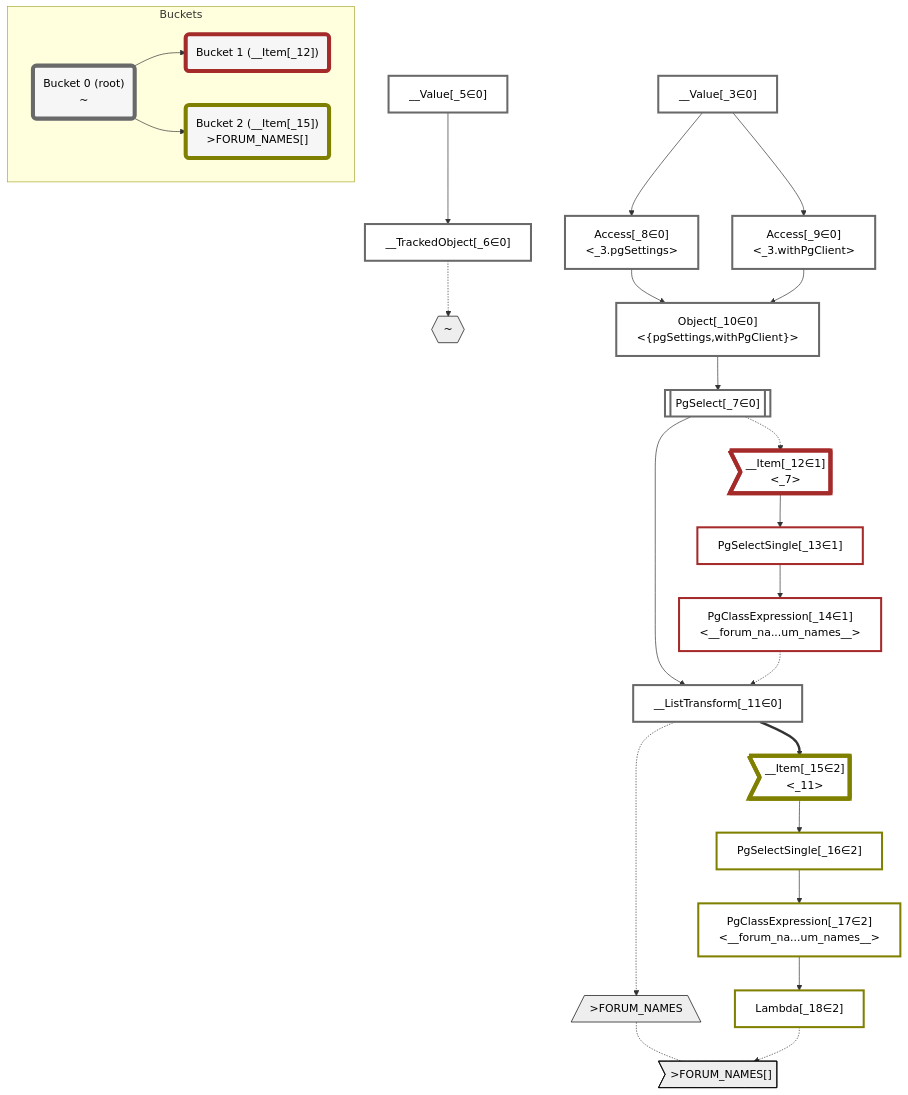
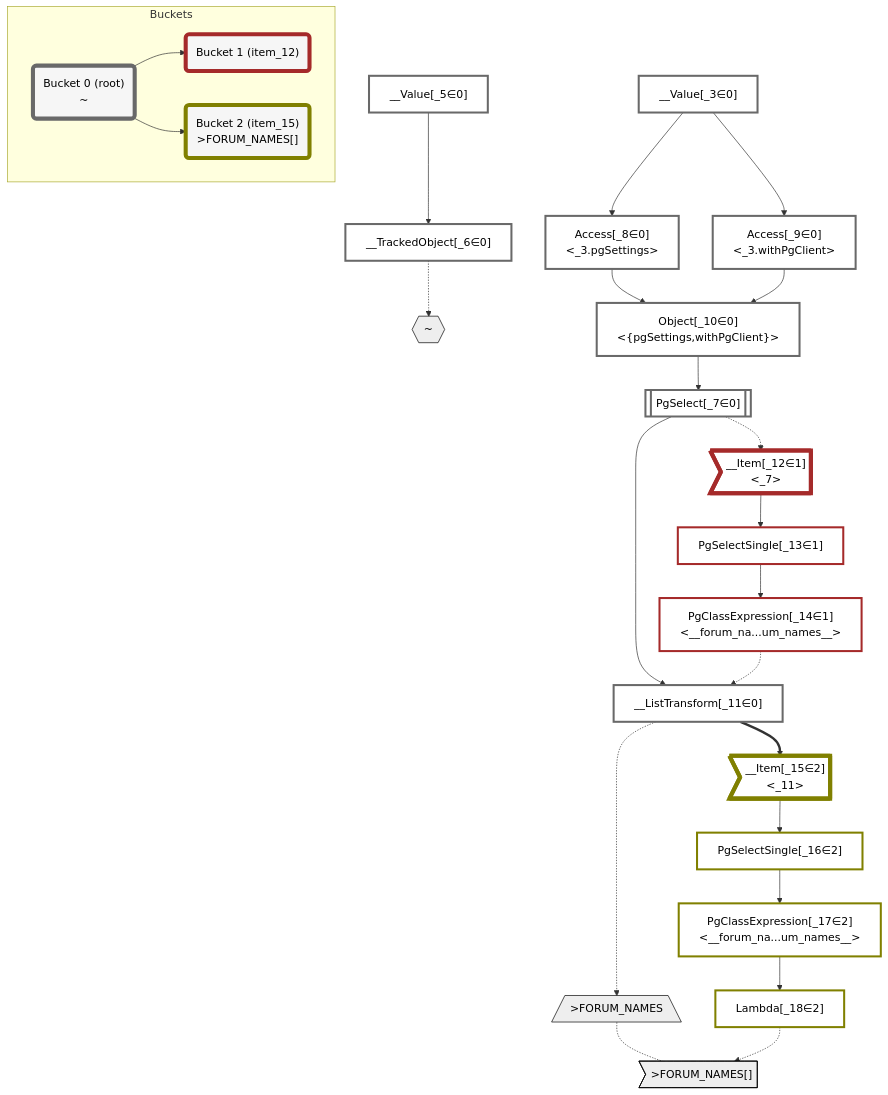
One commit to graphile/crystal changed the diagram in packages/dataplan-pg/__tests__/queries/functions/custom-query-forum-names-upper.deopt.mermaid.md. Above: the diagram before and after it, drawn with Mermaid. The commit also changed 159 other files, not shown here.

````diff
--- a/packages/dataplan-pg/__tests__/queries/functions/custom-query-forum-names-upper.deopt.mermaid.md
+++ b/packages/dataplan-pg/__tests__/queries/functions/custom-query-forum-names-upper.deopt.mermaid.md
@@ -1,74 +1,74 @@
 ```mermaid
 graph TD
     classDef path fill:#eee,stroke:#000,color:#000
     classDef plan fill:#fff,stroke-width:3px,color:#000
     classDef itemplan fill:#fff,stroke-width:6px,color:#000
     classDef sideeffectplan fill:#f00,stroke-width:6px,color:#000
     classDef bucket fill:#f6f6f6,color:#000,stroke-width:6px
 
     %% subgraph fields
     P1{{"~"}}:::path
     P2[/">FORUM_NAMES"\]:::path
     P3>">FORUM_NAMES[]"]:::path
     P2 -.- P3
     %% P1 -.-> P2
     %% end
 
     %% define plans
     __Value_3["__Value[_3∈0]<br /><context>"]:::plan
     __Value_5["__Value[_5∈0]<br /><rootValue>"]:::plan
     __TrackedObject_6["__TrackedObject[_6∈0]"]:::plan
     PgSelect_7[["PgSelect[_7∈0]<br /><forum_names>"]]:::plan
     Access_8["Access[_8∈0]<br /><_3.pgSettings>"]:::plan
     Access_9["Access[_9∈0]<br /><_3.withPgClient>"]:::plan
     Object_10["Object[_10∈0]<br /><{pgSettings,withPgClient}>"]:::plan
     __ListTransform_11["__ListTransform[_11∈0]<br /><each:_7>"]:::plan
     __Item_12>"__Item[_12∈1]<br /><_7>"]:::itemplan
     PgSelectSingle_13["PgSelectSingle[_13∈1]<br /><text>"]:::plan
     PgClassExpression_14["PgClassExpression[_14∈1]<br /><__forum_na...um_names__>"]:::plan
     __Item_15>"__Item[_15∈2]<br /><_11>"]:::itemplan
     PgSelectSingle_16["PgSelectSingle[_16∈2]<br /><text>"]:::plan
     PgClassExpression_17["PgClassExpression[_17∈2]<br /><__forum_na...um_names__>"]:::plan
     Lambda_18["Lambda[_18∈2]"]:::plan
 
     %% plan dependencies
     __Value_5 --> __TrackedObject_6
     Object_10 --> PgSelect_7
     __Value_3 --> Access_8
     __Value_3 --> Access_9
     Access_8 --> Object_10
     Access_9 --> Object_10
     PgSelect_7 --> __ListTransform_11
     PgClassExpression_14 -.-> __ListTransform_11
     PgSelect_7 -.-> __Item_12
     __Item_12 --> PgSelectSingle_13
     PgSelectSingle_13 --> PgClassExpression_14
     __ListTransform_11 ==> __Item_15
     __Item_15 --> PgSelectSingle_16
     PgSelectSingle_16 --> PgClassExpression_17
     PgClassExpression_17 --> Lambda_18
 
     %% plan-to-path relationships
     __TrackedObject_6 -.-> P1
     __ListTransform_11 -.-> P2
     Lambda_18 -.-> P3
 
     %% allocate buckets
     classDef bucket0 stroke:#696969
     class __Value_3,__Value_5,__TrackedObject_6,PgSelect_7,Access_8,Access_9,Object_10,__ListTransform_11 bucket0
     classDef bucket1 stroke:#a52a2a
     class __Item_12,PgSelectSingle_13,PgClassExpression_14 bucket1
     classDef bucket2 stroke:#808000
     class __Item_15,PgSelectSingle_16,PgClassExpression_17,Lambda_18 bucket2
 
     subgraph Buckets
     Bucket0("Bucket 0 (root)<br />~"):::bucket
     style Bucket0 stroke:#696969
-    Bucket1("Bucket 1 (__Item[_12])"):::bucket
+    Bucket1("Bucket 1 (item_12)"):::bucket
     style Bucket1 stroke:#a52a2a
     Bucket0 --> Bucket1
-    Bucket2("Bucket 2 (__Item[_15])<br />>FORUM_NAMES[]"):::bucket
+    Bucket2("Bucket 2 (item_15)<br />>FORUM_NAMES[]"):::bucket
     style Bucket2 stroke:#808000
     Bucket0 --> Bucket2
     end
 ```
````
